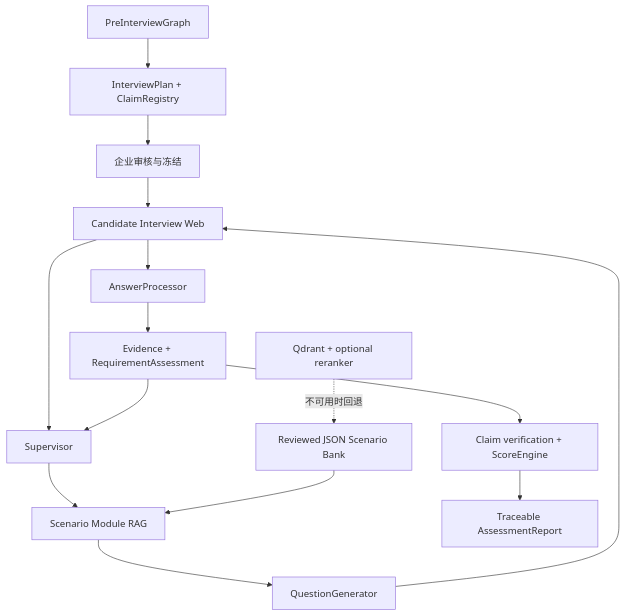
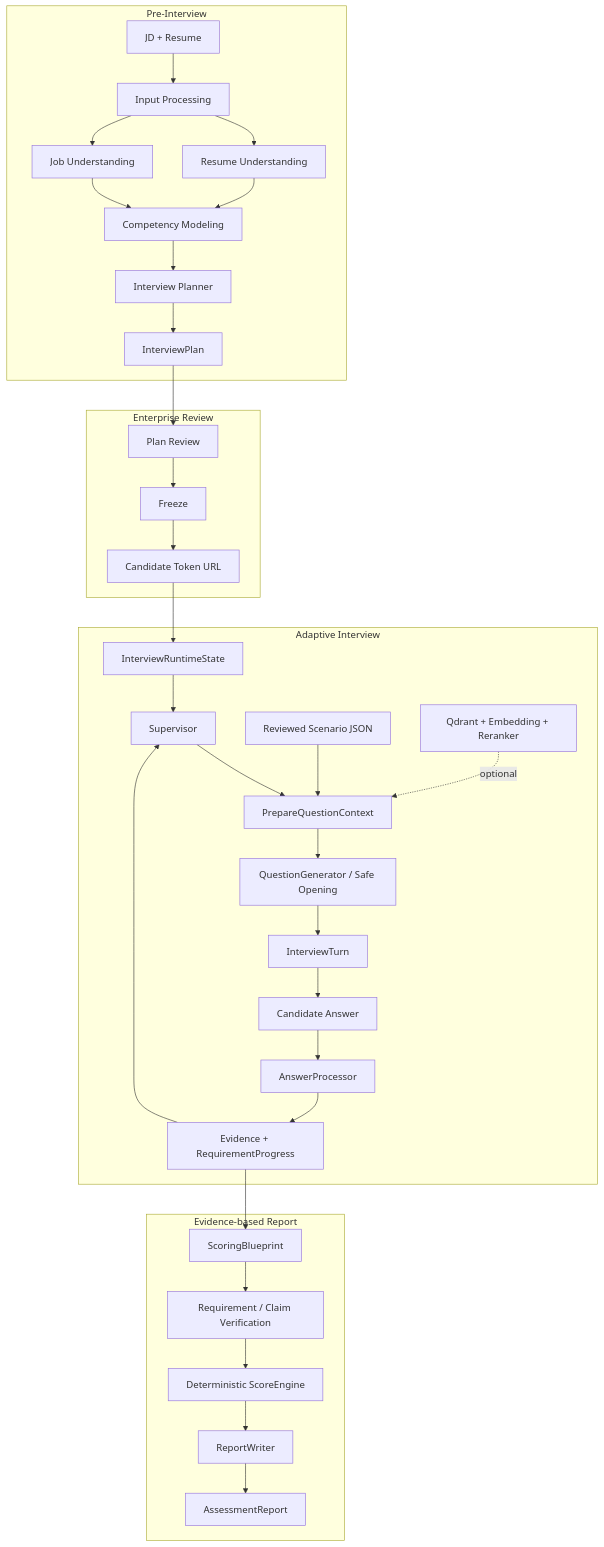
One commit to hr-huang/AI_Interview changed the third of 3 diagrams in README.md. Above: the diagram before and after it, drawn with Mermaid. The commit also changed other lines of this file, not shown here.

Commit message:
docs: turn readme into competition-ready product overview

````diff
--- a/README.md
+++ b/README.md
@@ -64,17 +160,40 @@
 ```mermaid
 flowchart TD
-    PRE["PreInterviewGraph"] --> PLAN["InterviewPlan + ClaimRegistry"]
-    PLAN --> REVIEW["企业审核与冻结"]
-    REVIEW --> WEB["Candidate Interview Web"]
-    WEB --> SUP["Supervisor"]
-    SUP --> RAG["Scenario Module RAG"]
-    BANK["Reviewed JSON Scenario Bank"] --> RAG
-    RAG --> QG["QuestionGenerator"]
-    QG --> WEB
-    WEB --> AP["AnswerProcessor"]
-    AP --> E["Evidence + RequirementAssessment"]
-    E --> SUP
-    E --> SCORE["Claim verification + ScoreEngine"]
-    SCORE --> REPORT["Traceable AssessmentReport"]
-    QDRANT["Qdrant + optional reranker"] -. "不可用时回退" .-> BANK
+    subgraph PRE[Pre-Interview]
+        A[JD + Resume] --> B[Input Processing]
+        B --> C[Resume Understanding]
+        B --> D[Job Understanding]
+        C --> E[Competency Modeling]
+        D --> E
+        E --> F[Interview Planner]
+        F --> P[InterviewPlan]
+    end
+
+    subgraph REVIEW[Enterprise Review]
+        P --> R[Plan Review]
+        R --> Z[Freeze]
+        Z --> URL[Candidate Token URL]
+    end
+
+    subgraph INTERVIEW[Adaptive Interview]
+        URL --> S[InterviewRuntimeState]
+        S --> SUP[Supervisor]
+        SUP --> CTX[PrepareQuestionContext]
+        BANK[Reviewed Scenario JSON] --> CTX
+        QD[Qdrant + Embedding + Reranker] -. optional .-> CTX
+        CTX --> Q[QuestionGenerator / Safe Opening]
+        Q --> TURN[InterviewTurn]
+        TURN --> ANS[Candidate Answer]
+        ANS --> AP[AnswerProcessor]
+        AP --> EV[Evidence + RequirementProgress]
+        EV --> SUP
+    end
+
+    subgraph POST[Evidence-based Report]
+        EV --> SB[ScoringBlueprint]
+        SB --> RV[Requirement / Claim Verification]
+        RV --> SE[Deterministic ScoreEngine]
+        SE --> RW[ReportWriter]
+        RW --> REPORT[AssessmentReport]
+    end
 ```
````
